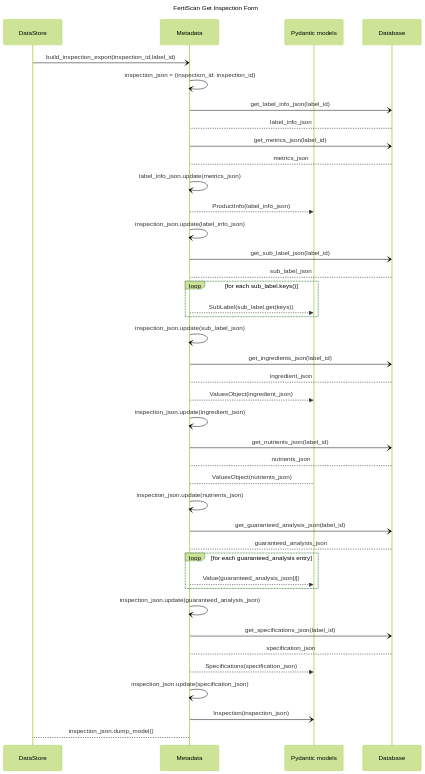
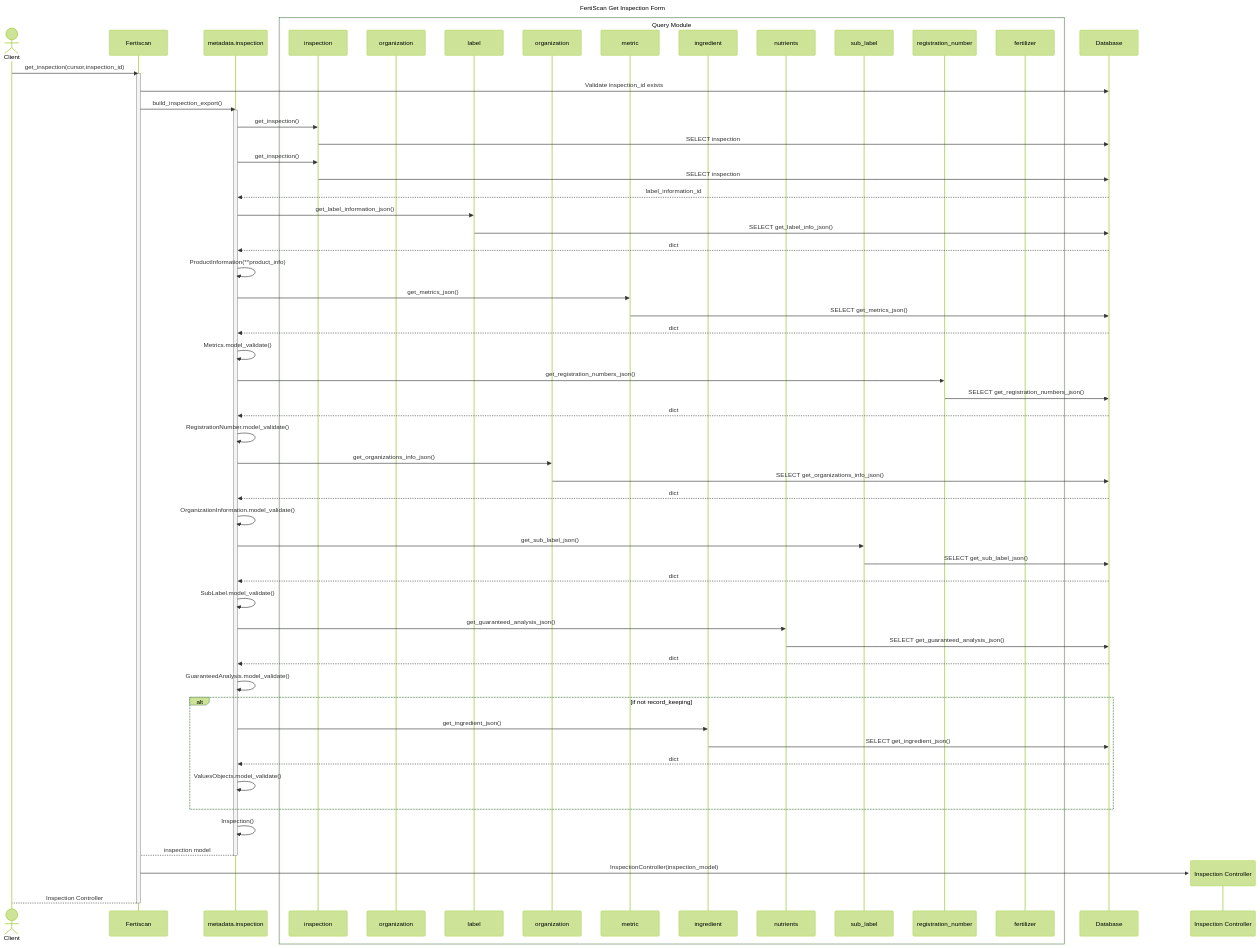
One commit to ai-cfia/ailab-datastore changed the second of 2 diagrams in fertiscan/doc/get-inspection.md. Above: the diagram before and after it, drawn with Mermaid (forest theme). The commit also changed other lines of this file and 3 other files, not shown here.

````diff
--- a/fertiscan/doc/get-inspection.md
+++ b/fertiscan/doc/get-inspection.md
@@ -166,51 +166,82 @@
 ```mermaid
 sequenceDiagram
     title FertiScan Get Inspection Form
-    participant DS as DataStore
-    participant M as Metadata
-    participant P as Pydantic models
+    actor C as Client
+    participant F as Fertiscan
+    participant data as metadata.inspection
+
+    box Query Module
+    participant Qins as inspection
+    participant organization
+    participant Qlabel as label
+    participant Qorg as organization
+    participant Qm as metric
+    participant Qi as ingredient
+    participant Qga as nutrients
+    participant Qsl as sub_label
+    participant Qrg as registration_number
+    participant Qf as fertilizer
+    end
     participant DB as Database
 
-DS -) M: build_inspection_export(inspection_id,label_id)
-M -) M : inspection_json = {inspection_id: inspection_id}
-M -) DB: get_label_info_json(label_id)
-DB --> M: label_info_json
-M -) DB: get_metrics_json(label_id)
-DB --> M: metrics_json
-M -) M : label_info_json.update(metrics_json)
-M -->> P : ProductInfo(label_info_json)
-M -) M : inspection_json.update(label_info_json)
-M -) DB: get_sub_label_json(label_id)
-DB --> M: sub_label_json
-loop for each sub_label.keys()
-    M-->>P: SubLabel(sub_label.get(keys))
-end
-M -) M : inspection_json.update(sub_label_json)
 
-M -) DB: get_ingredients_json(label_id)
-DB --> M: ingredient_json
-M -->> P: ValuesObject(ingredient_json)
-M -) M : inspection_json.update(ingredient_json)
+C ->> F: get_inspection(cursor,inspection_id)
+activate F
+F ->> DB: Validate inspection_id exists
+F ->> data: build_inspection_export()
+activate data
 
-M -) DB: get_nutrients_json(label_id)
-DB --> M: nutrients_json
-M --> P: ValuesObject(nutrients_json)
-M -) M : inspection_json.update(nutrients_json)
+data ->>Qins: get_inspection()
+Qins ->> DB: SELECT inspection
 
-M -) DB: get_guaranteed_analysis_json(label_id)
-DB --> M: guaranteed_analysis_json
-loop for each guaranteed_analysis entry
-    M-->>P: Value(guaranteed_analysis_json[i])
-end
-M -) M : inspection_json.update(guaranteed_analysis_json)
+data ->>Qins: get_inspection()
+Qins ->> DB: SELECT inspection
+DB -->>data: label_information_id
 
-M -) DB: get_specifications_json(label_id)
-DB --> M: specification_json
-M -->> P: Specifications(specification_json)
-M -) M : inspection_json.update(specification_json)
+data ->>Qlabel: get_label_information_json()
+Qlabel ->> DB: SELECT get_label_info_json()
+DB -->>data: dict
+data ->>data: ProductInformation(**product_info)
 
-M -) P: Inspection(inspection_json)
+data ->>Qm: get_metrics_json()
+Qm ->> DB: SELECT get_metrics_json()
+DB -->>data: dict
+data ->>data: Metrics.model_validate()
 
-M --> DS: inspection_json.dump_model()
+data ->>Qrg: get_registration_numbers_json()
+Qrg ->> DB: SELECT get_registration_numbers_json()
+DB -->>data: dict
+data ->>data: RegistrationNumber.model_validate()
+
+data ->>Qorg: get_organizations_info_json()
+Qorg ->> DB: SELECT get_organizations_info_json()
+DB -->>data: dict
+data ->>data: OrganizationInformation.model_validate()
+
+data ->>Qsl: get_sub_label_json()
+Qsl ->> DB: SELECT get_sub_label_json()
+DB -->>data: dict
+data ->>data: SubLabel.model_validate()
+
+data ->>Qga: get_guaranteed_analysis_json()
+Qga ->> DB: SELECT get_guaranteed_analysis_json()
+DB -->>data: dict
+data ->>data: GuaranteedAnalysis.model_validate()
+
+alt if not record_keeping
+
+data ->>Qi: get_ingredient_json()
+Qi ->> DB: SELECT get_ingredient_json()
+DB -->>data: dict
+data ->>data: ValuesObjects.model_validate()
+end 
+
+data->>data: Inspection()
+data-->F:inspection model
+deactivate data
+create Participant IC as Inspection Controller
+F ->>IC: InspectionController(inspection_model)
+F -->C: Inspection Controller
+deactivate F
 
 ```
````
